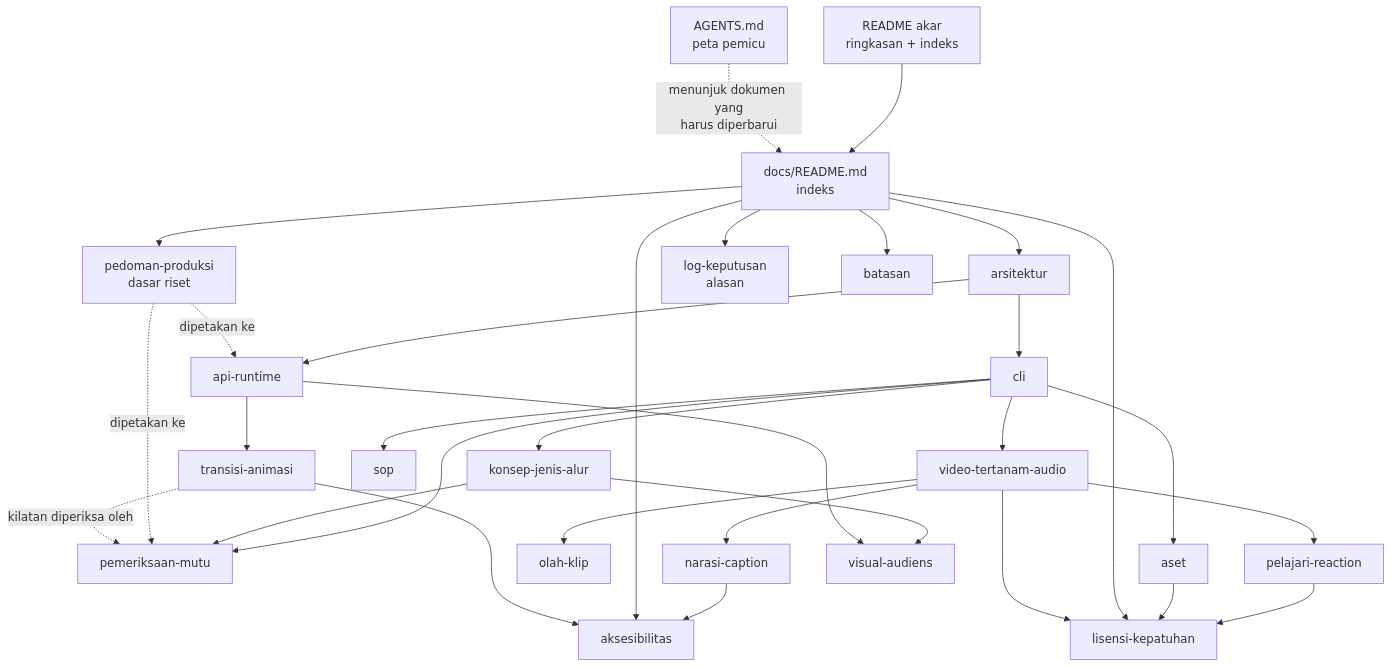
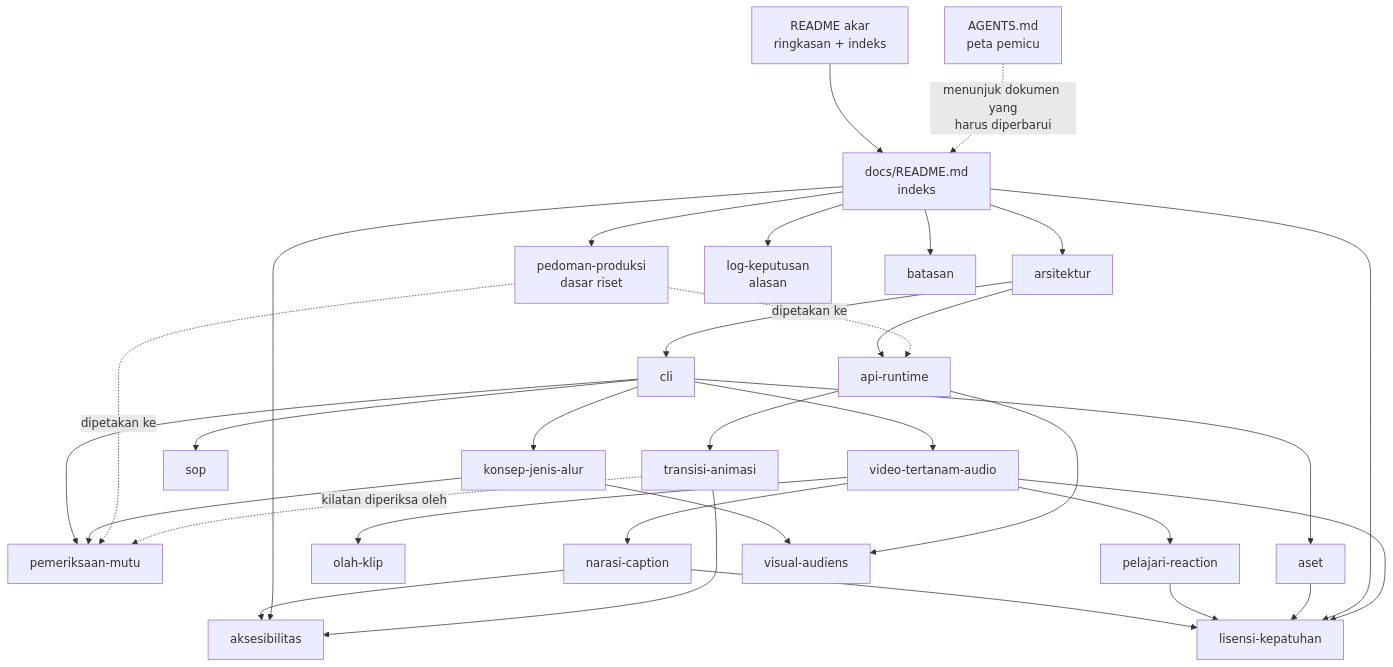
The diagram in docs/README.md (ahliweb/awvd), drawn with Mermaid before and after one commit. The commit also changed other lines of this file and 15 other files, not shown here.

````diff
--- a/docs/README.md
+++ b/docs/README.md
@@ -42,33 +42,34 @@
 ```mermaid
 flowchart TD
     R[README akar<br/>ringkasan + indeks] --> I[docs/README.md<br/>indeks]
     I --> A[arsitektur]
     A --> API[api-runtime]
     API --> TRA[transisi-animasi]
     A --> CLI[cli]
     CLI --> QC[pemeriksaan-mutu]
     CLI --> KLP[video-tertanam-audio]
     KLP --> PLJ[pelajari-reaction]
     KLP --> OLH[olah-klip]
     KLP --> NAR[narasi-caption]
     NAR --> AKS
+    NAR --> LIS
     PLJ --> LIS
     CLI --> SOP[sop]
     CLI --> ASET[aset]
     ASET --> LIS
     CLI --> KON[konsep-jenis-alur]
     KON --> QC
     KON --> VIS[visual-audiens]
     API --> VIS
     I --> PP[pedoman-produksi<br/>dasar riset]
     I --> LK[log-keputusan<br/>alasan]
     I --> AKS[aksesibilitas]
     TRA --> AKS
     I --> BAT[batasan]
     I --> LIS[lisensi-kepatuhan]
     KLP --> LIS
     PP -.->|dipetakan ke| API
     PP -.->|dipetakan ke| QC
     TRA -.->|kilatan diperiksa oleh| QC
     AG[AGENTS.md<br/>peta pemicu] -.->|menunjuk dokumen yang<br/>harus diperbarui| I
 ```
````
